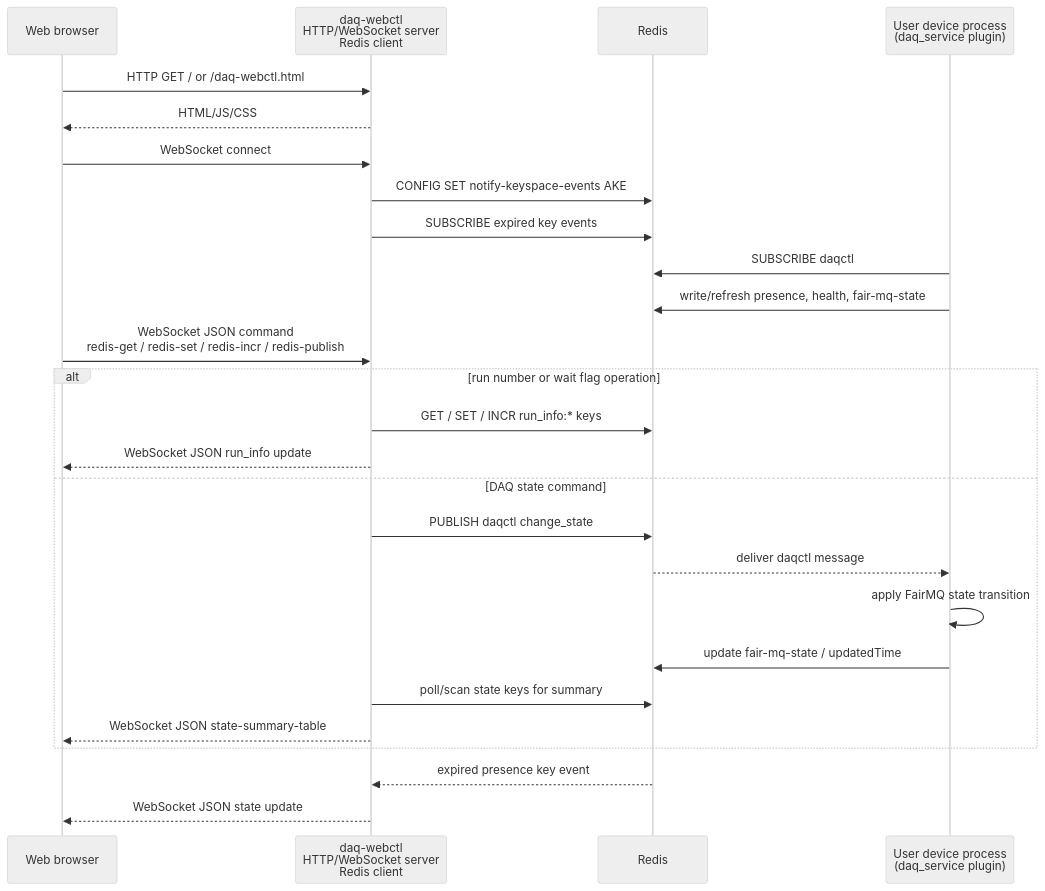
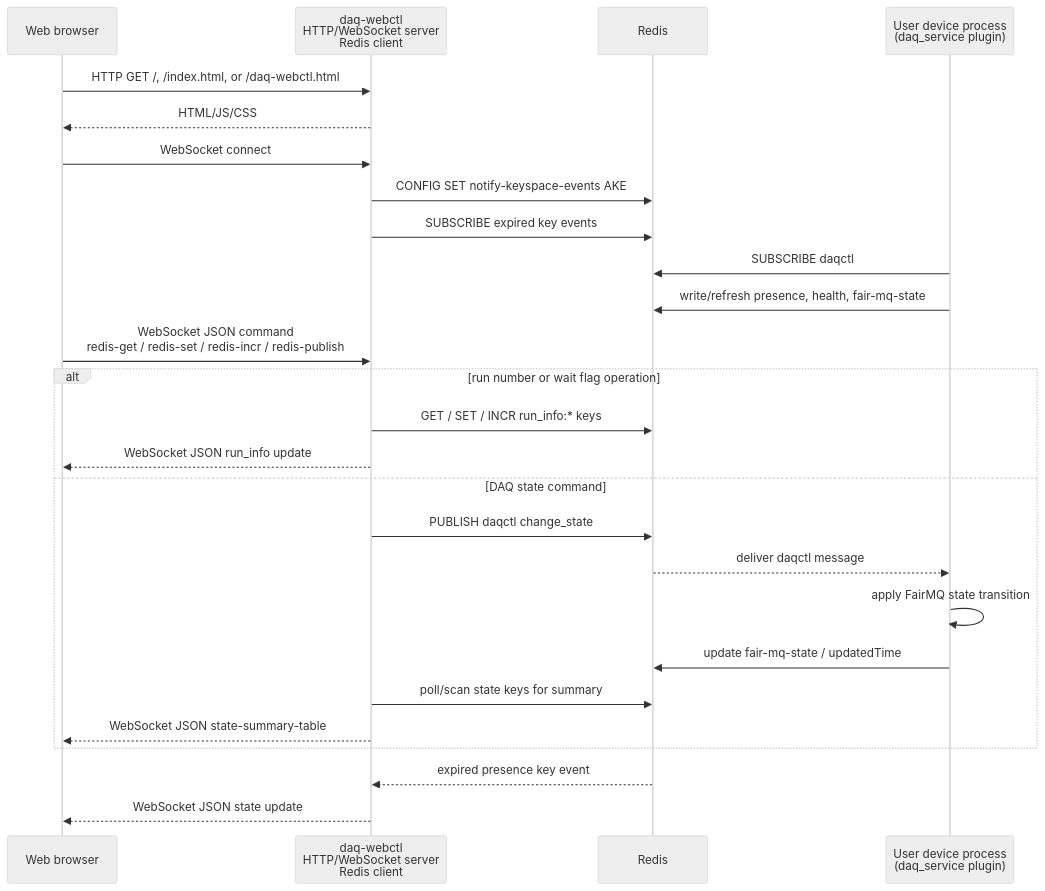
The diagram in controller/README.md (tntakahashi/nestdaq), drawn with Mermaid (neutral theme) before and after one commit. The commit also changed other lines of this file and 1 other file, not shown here.

Commit message:
docs: clarify daq-webctl usage and logging options

````diff
--- a/controller/README.md
+++ b/controller/README.md
@@ -56,29 +56,29 @@
 ```mermaid
 sequenceDiagram
   participant Browser as Web browser
   participant WebCtl as daq-webctl<br/>HTTP/WebSocket server<br/>Redis client
   participant Redis as Redis
   participant Device as User device process<br/>(daq_service plugin)
 
-  Browser->>WebCtl: HTTP GET / or /daq-webctl.html
+  Browser->>WebCtl: HTTP GET /, /index.html, or /daq-webctl.html
   WebCtl-->>Browser: HTML/JS/CSS
   Browser->>WebCtl: WebSocket connect
   WebCtl->>Redis: CONFIG SET notify-keyspace-events AKE
   WebCtl->>Redis: SUBSCRIBE expired key events
   Device->>Redis: SUBSCRIBE daqctl
   Device->>Redis: write/refresh presence, health, fair-mq-state
   Browser->>WebCtl: WebSocket JSON command<br/>redis-get / redis-set / redis-incr / redis-publish
   alt run number or wait flag operation
     WebCtl->>Redis: GET / SET / INCR run_info:* keys
     WebCtl-->>Browser: WebSocket JSON run_info update
   else DAQ state command
     WebCtl->>Redis: PUBLISH daqctl change_state
     Redis-->>Device: deliver daqctl message
     Device->>Device: apply FairMQ state transition
     Device->>Redis: update fair-mq-state / updatedTime
     WebCtl->>Redis: poll/scan state keys for summary
     WebCtl-->>Browser: WebSocket JSON state-summary-table
   end
   Redis-->>WebCtl: expired presence key event
   WebCtl-->>Browser: WebSocket JSON state update
 ```
````
